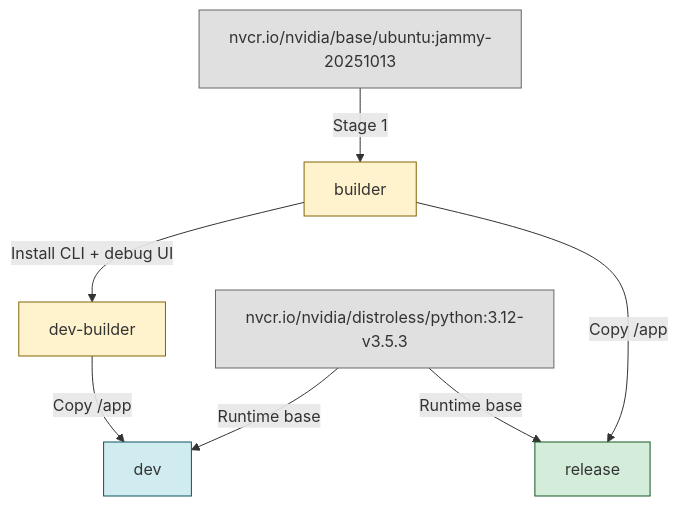
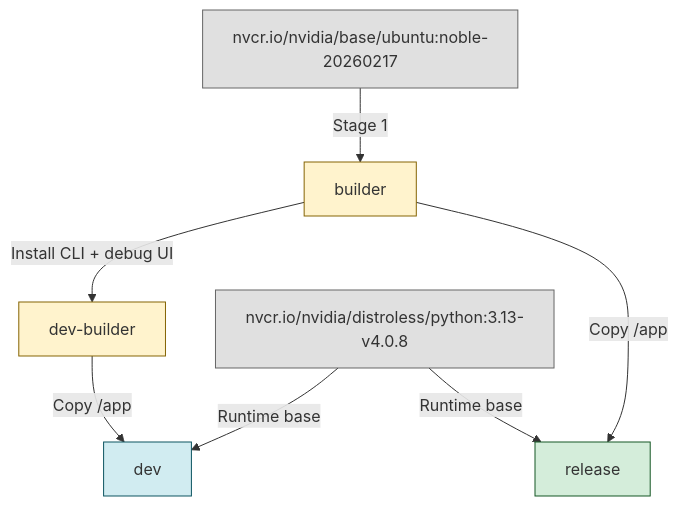
One commit to NVIDIA-AI-Blueprints/aiq changed the diagram in docs/source/deployment/docker-build.md. Above: the diagram before and after it, drawn with Mermaid. The commit also changed other lines of this file and 1 other file, not shown here.

Commit message:
fix(deploy): pin Python runtime to 3.13.14

````diff
--- a/docs/source/deployment/docker-build.md
+++ b/docs/source/deployment/docker-build.md
@@ -12,17 +12,17 @@
 ```mermaid
 graph TD
-    A["nvcr.io/nvidia/base/ubuntu:jammy-20251013"] -->|Stage 1| B["builder"]
+    A["nvcr.io/nvidia/base/ubuntu:noble-20260217"] -->|Stage 1| B["builder"]
     B -->|Install CLI + debug UI| C["dev-builder"]
     C -->|Copy /app| D["dev"]
     B -->|Copy /app| E["release"]
 
-    F["nvcr.io/nvidia/distroless/python:3.12-v3.5.3"] -->|Runtime base| D
+    F["nvcr.io/nvidia/distroless/python:3.13-v4.0.8"] -->|Runtime base| D
     F -->|Runtime base| E
 
     style A fill:#e0e0e0,stroke:#666
     style F fill:#e0e0e0,stroke:#666
     style B fill:#fff3cd,stroke:#856404
     style C fill:#fff3cd,stroke:#856404
     style D fill:#d1ecf1,stroke:#0c5460
     style E fill:#d4edda,stroke:#155724
 ```
````
